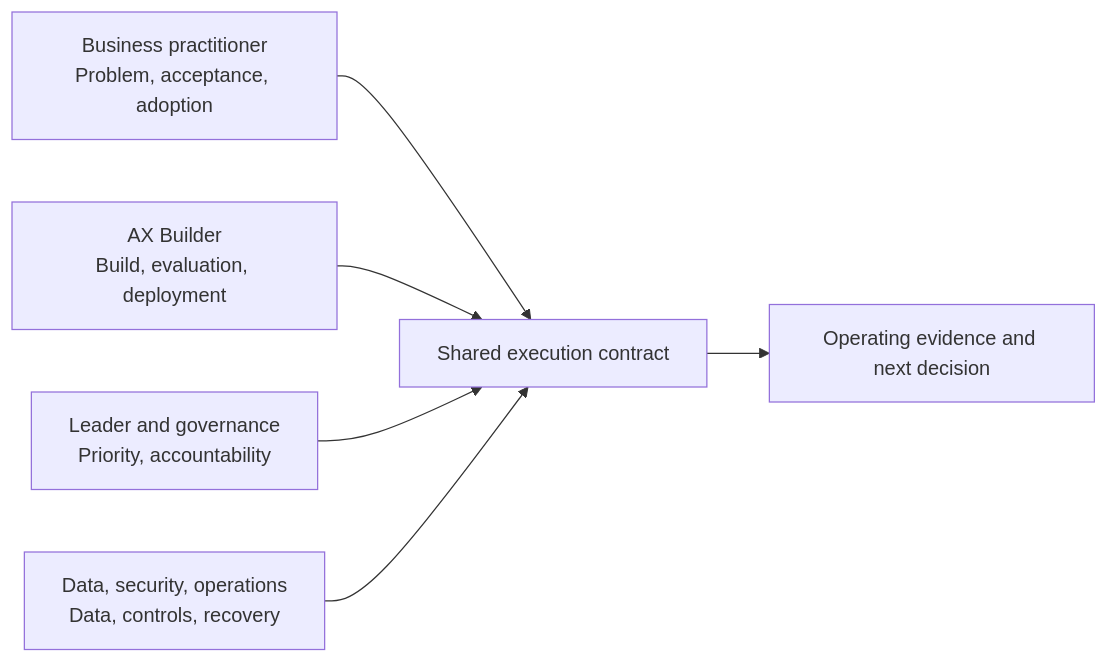
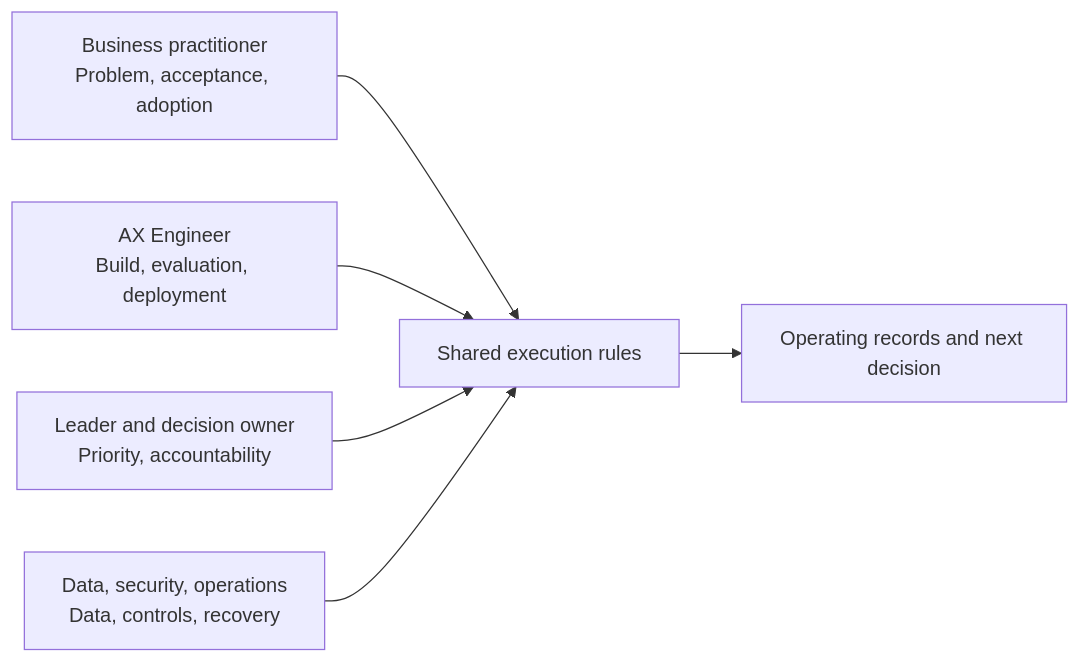
One commit to woogi-kang/ax-engineer-roadmap changed the diagram in en/tracks/README.md. Above: the diagram before and after it, drawn with Mermaid. The commit also changed other lines of this file and 91 other files, not shown here.

Commit message:
docs: make the roadmap AX Engineer focused

````diff
--- a/en/tracks/README.md
+++ b/en/tracks/README.md
@@ -31,8 +31,8 @@
 ```mermaid
 flowchart LR
-    B["Business practitioner<br/>Problem, acceptance, adoption"] --> X["Shared execution contract"]
-    A["AX Builder<br/>Build, evaluation, deployment"] --> X
-    L["Leader and governance<br/>Priority, accountability"] --> X
+    B["Business practitioner<br/>Problem, acceptance, adoption"] --> X["Shared execution rules"]
+    A["AX Engineer<br/>Build, evaluation, deployment"] --> X
+    L["Leader and decision owner<br/>Priority, accountability"] --> X
     D["Data, security, operations<br/>Data, controls, recovery"] --> X
-    X --> E["Operating evidence and next decision"]
+    X --> E["Operating records and next decision"]
 ```
````
